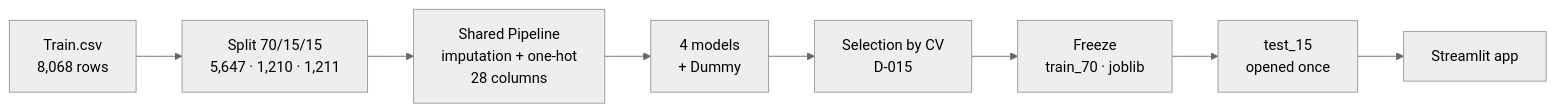
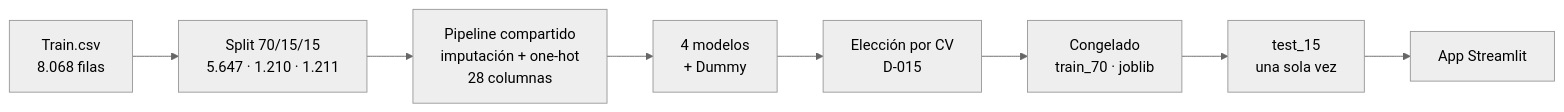
Before and after one commit to IA-P1-BCN/customer-segmentation-multiclass: the diagram in docs/technical-presentation.md, drawn with Mermaid (neutral theme). The commit also changed other lines of this file and 2 other files, not shown here.

````diff
--- a/docs/technical-presentation.md
+++ b/docs/technical-presentation.md
@@ -36,10 +36,10 @@
 ```mermaid
 flowchart LR
-    A["Train.csv<br/>8,068 rows"] --> B["Split 70/15/15<br/>5,647 · 1,210 · 1,211"]
-    B --> C["Shared Pipeline<br/>imputation + one-hot<br/>28 columns"]
-    C --> D["4 models<br/>+ Dummy"]
-    D --> E["Selection by CV<br/>D-015"]
-    E --> F["Freeze<br/>train_70 · joblib"]
-    F --> G["test_15<br/>opened once"]
-    G --> H["Streamlit app"]
+    A["Train.csv<br/>8.068 filas"] --> B["Split 70/15/15<br/>5.647 · 1.210 · 1.211"]
+    B --> C["Pipeline compartido<br/>imputación + one-hot<br/>28 columnas"]
+    C --> D["4 modelos<br/>+ Dummy"]
+    D --> E["Elección por CV<br/>D-015"]
+    E --> F["Congelado<br/>train_70 · joblib"]
+    F --> G["test_15<br/>una sola vez"]
+    G --> H["App Streamlit"]
 ```
````
